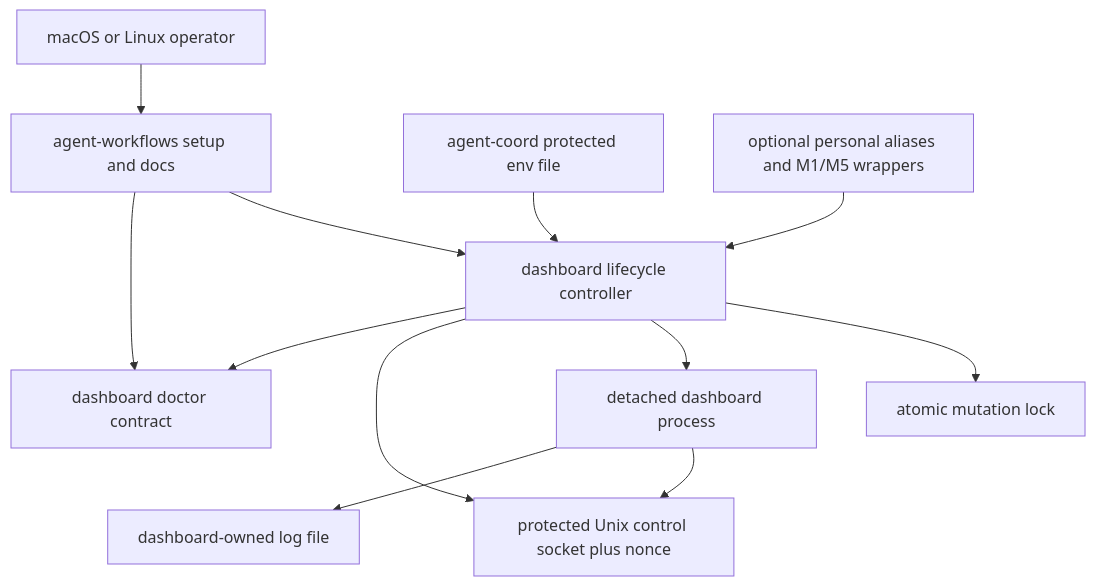
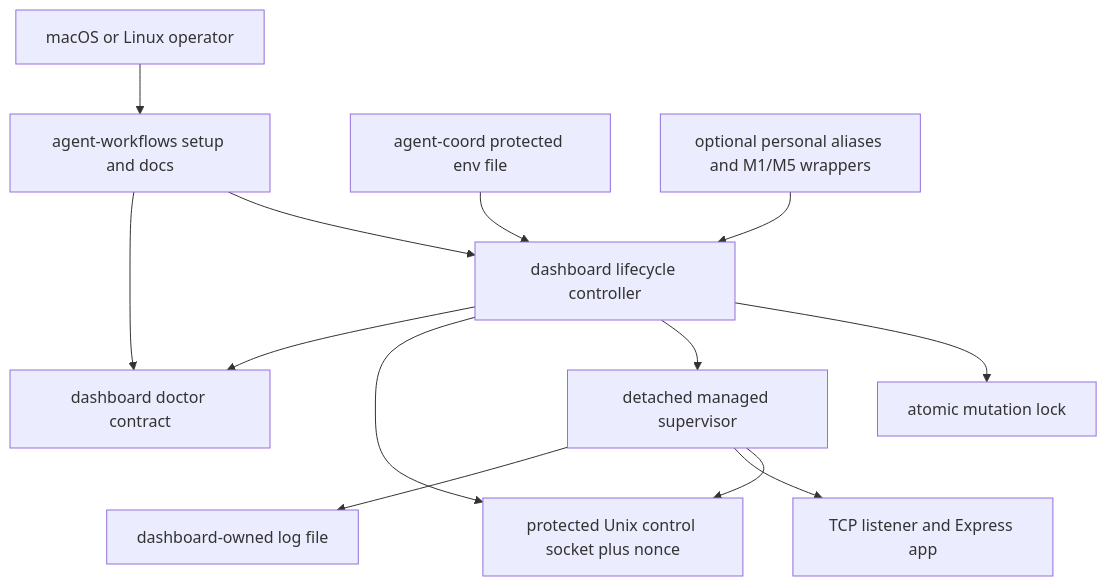
Before and after one commit to shakacode/agent-workflows: the first of 2 diagrams in docs/plans/2026-07-13-001-feat-portable-dashboard-lifecycle-plan.md, drawn with Mermaid. The commit also changed other lines of this file, not shown here.

Commit message:
docs: refresh portable dashboard lifecycle plan

````diff
--- a/docs/plans/2026-07-13-001-feat-portable-dashboard-lifecycle-plan.md
+++ b/docs/plans/2026-07-13-001-feat-portable-dashboard-lifecycle-plan.md
@@ -233,14 +244,15 @@
 ```mermaid
 flowchart TB
   User["macOS or Linux operator"] --> Stack["agent-workflows setup and docs"]
   Stack --> Lifecycle["dashboard lifecycle controller"]
   Env["agent-coord protected env file"] --> Lifecycle
   Lifecycle --> Lock["atomic mutation lock"]
-  Lifecycle --> Child["detached dashboard process"]
-  Child --> Control["protected Unix control socket plus nonce"]
+  Lifecycle --> Owner["detached managed supervisor"]
+  Owner --> Control["protected Unix control socket plus nonce"]
+  Owner --> Http["TCP listener and Express app"]
   Lifecycle --> Control
-  Child --> Log["dashboard-owned log file"]
+  Owner --> Log["dashboard-owned log file"]
   Lifecycle --> Doctor["dashboard doctor contract"]
   Stack --> Doctor
   Dotfiles["optional personal aliases and M1/M5 wrappers"] --> Lifecycle
 ```
````
